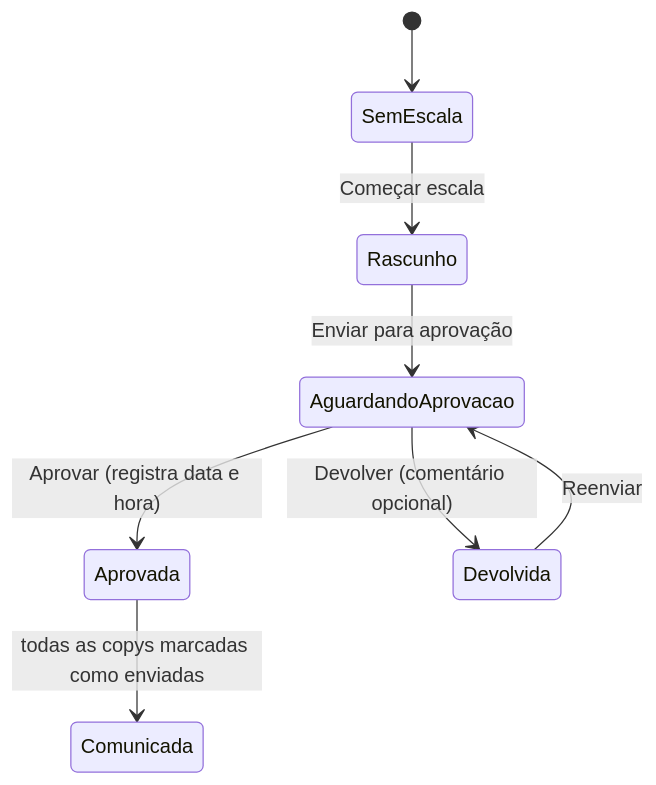
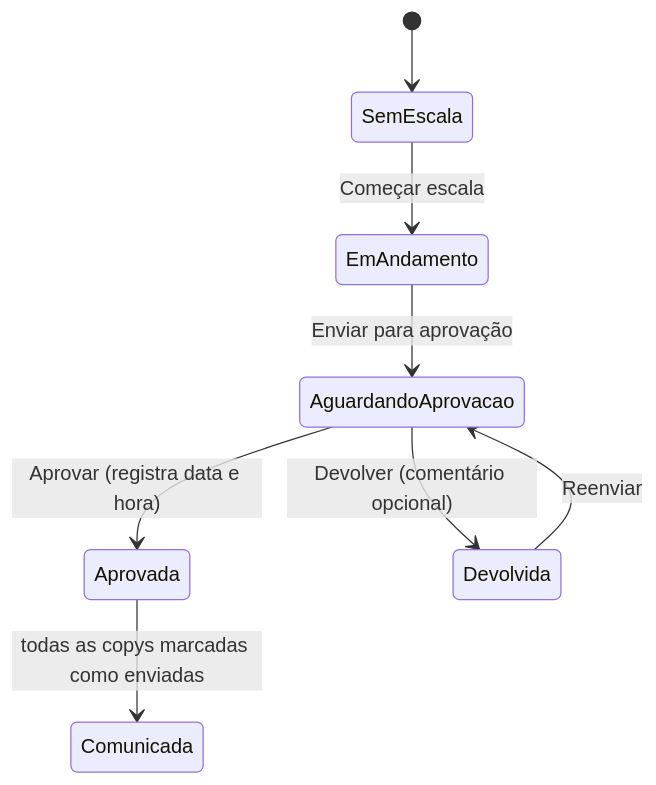
Before and after one commit to infinityintelligence07-tech/eventos: the second of 2 diagrams in docs/08-telas-do-time.md, drawn with Mermaid. The commit also changed other lines of this file and 6 other files, not shown here.

First line of the commit message:
feat: "escala em rascunho" passa a "escala em andamento" nos textos

````diff
--- a/docs/08-telas-do-time.md
+++ b/docs/08-telas-do-time.md
@@ -489,10 +489,10 @@
 ```mermaid
 stateDiagram-v2
   [*] --> SemEscala
-  SemEscala --> Rascunho: Começar escala
-  Rascunho --> AguardandoAprovacao: Enviar para aprovação
+  SemEscala --> EmAndamento: Começar escala
+  EmAndamento --> AguardandoAprovacao: Enviar para aprovação
   AguardandoAprovacao --> Aprovada: Aprovar (registra data e hora)
   AguardandoAprovacao --> Devolvida: Devolver (comentário opcional)
   Devolvida --> AguardandoAprovacao: Reenviar
   Aprovada --> Comunicada: todas as copys marcadas como enviadas
 ```
````
